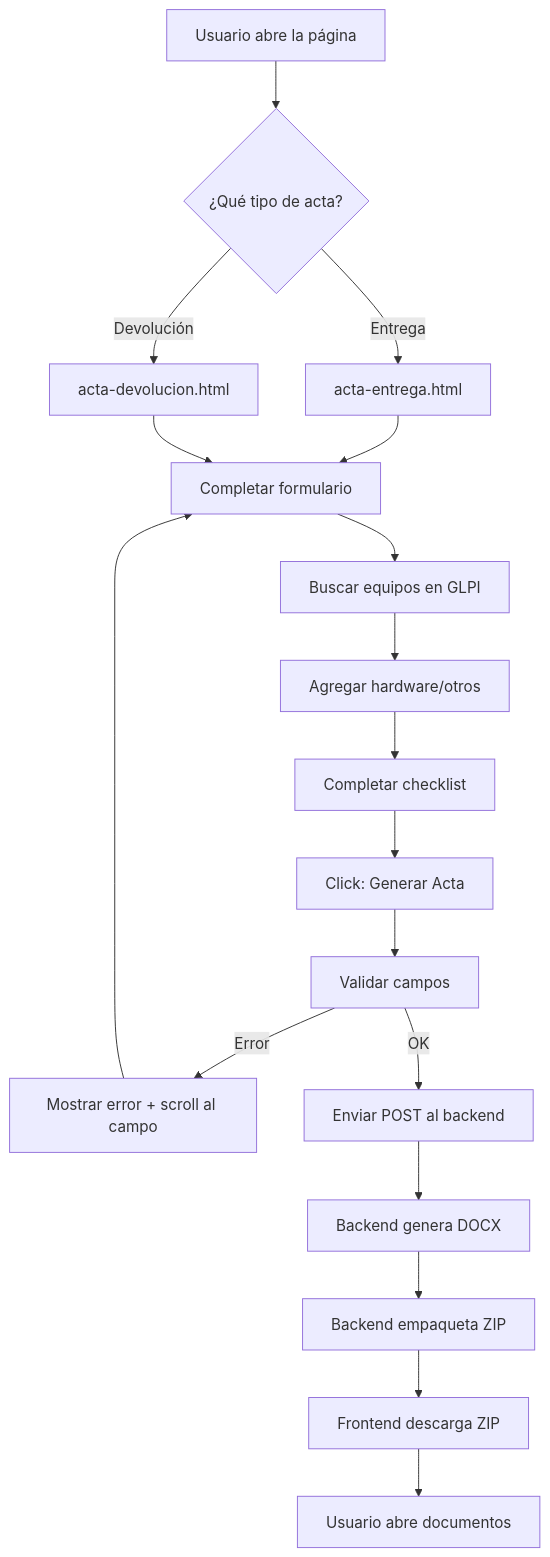
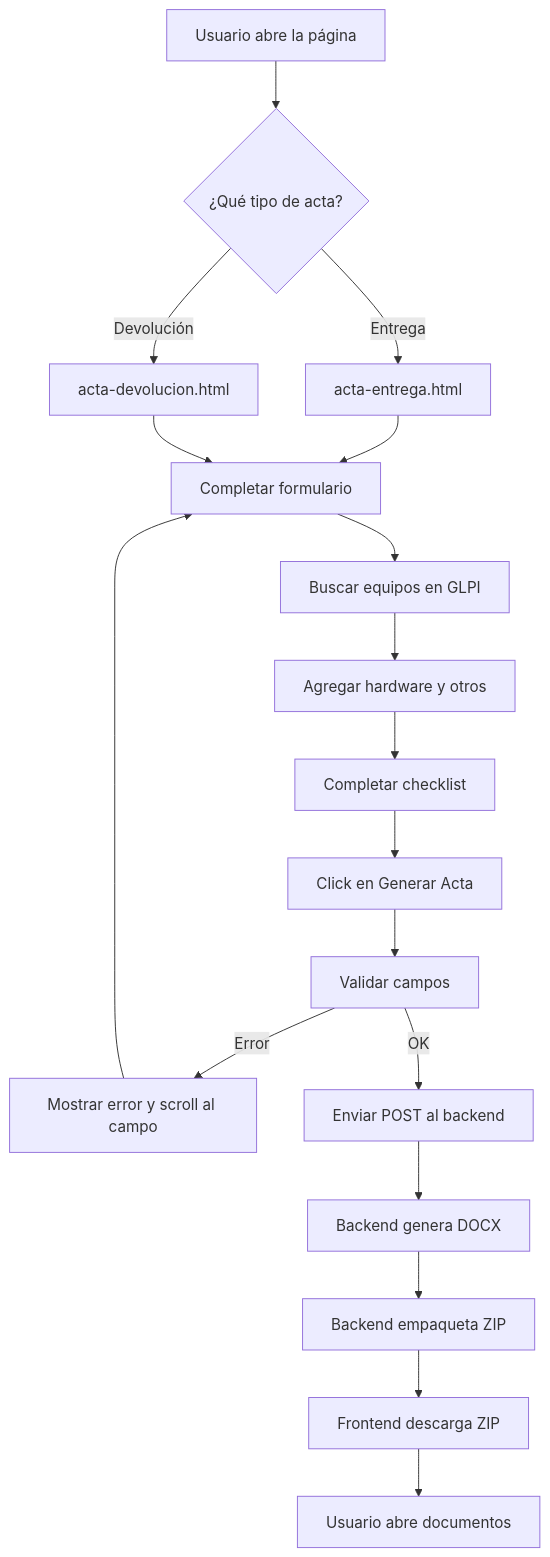
One commit to juanjosehc/actas-glpi changed the first of 10 diagrams in FLUJO_FUNCIONAL.md. Above: the diagram before and after it, drawn with Mermaid. The commit also changed other lines of this file, not shown here.

````diff
--- a/FLUJO_FUNCIONAL.md
+++ b/FLUJO_FUNCIONAL.md
@@ -21,20 +21,20 @@
 ```mermaid
 flowchart TD
     A[Usuario abre la página] --> B{¿Qué tipo de acta?}
     B -->|Entrega| C[acta-entrega.html]
     B -->|Devolución| D[acta-devolucion.html]
     C --> E[Completar formulario]
     D --> E
     E --> F[Buscar equipos en GLPI]
-    F --> G[Agregar hardware/otros]
+    F --> G[Agregar hardware y otros]
     G --> H[Completar checklist]
-    H --> I[Click: Generar Acta]
+    H --> I[Click en Generar Acta]
     I --> J[Validar campos]
-    J -->|Error| K[Mostrar error + scroll al campo]
+    J -->|Error| K[Mostrar error y scroll al campo]
     K --> E
     J -->|OK| L[Enviar POST al backend]
     L --> M[Backend genera DOCX]
     M --> N[Backend empaqueta ZIP]
     N --> O[Frontend descarga ZIP]
     O --> P[Usuario abre documentos]
 ```
````
